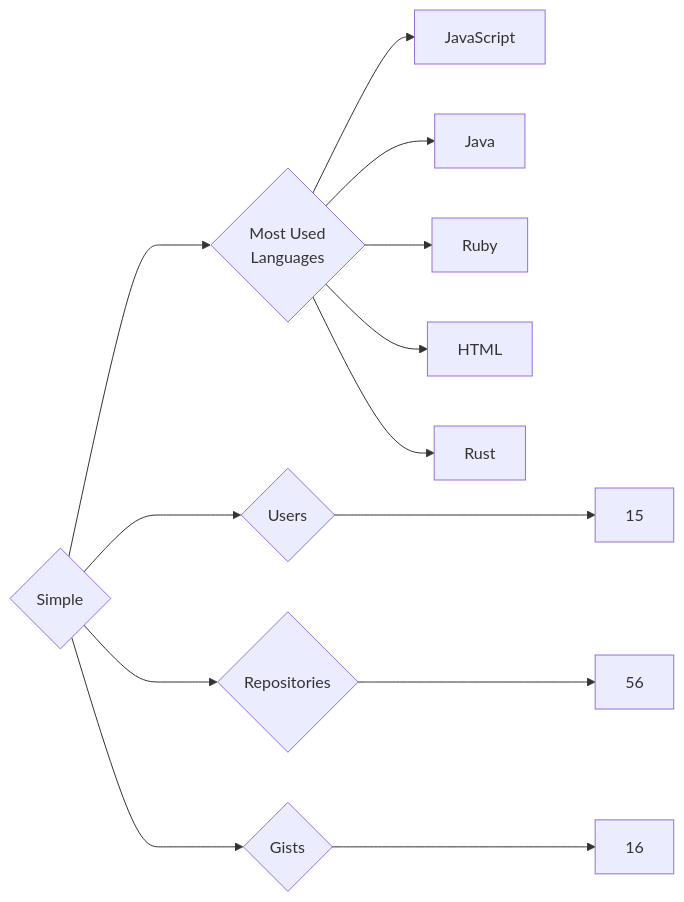
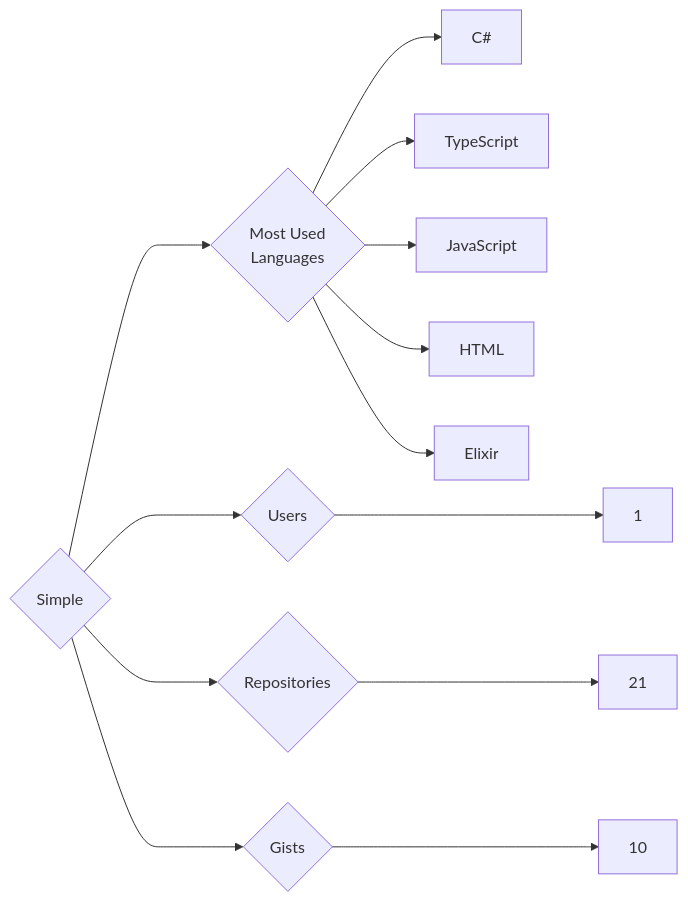
Before and after one commit to trickest/insiders: the diagram in targets/Simple/README.md, drawn with Mermaid. The commit also changed 964 other files, not shown here.

````diff
--- a/targets/Simple/README.md
+++ b/targets/Simple/README.md
@@ -3,13 +3,13 @@
 ```mermaid
 graph LR
 COMPANY_NAME{Simple}
-COMPANY_NAME ---> U{Users} ---> UN[15]
-COMPANY_NAME ---> R{Repositories} ---> RN[56]
-COMPANY_NAME ---> G{Gists} ---> GN[16]
+COMPANY_NAME ---> U{Users} ---> UN[1]
+COMPANY_NAME ---> R{Repositories} ---> RN[21]
+COMPANY_NAME ---> G{Gists} ---> GN[10]
 COMPANY_NAME ---> ML{Most Used<br>Languages}
+ML --> C#[C#]
+ML --> TypeScript[TypeScript]
 ML --> JavaScript[JavaScript]
-ML --> Java[Java]
-ML --> Ruby[Ruby]
 ML --> HTML[HTML]
-ML --> Rust[Rust]
+ML --> Elixir[Elixir]
 ```
````
